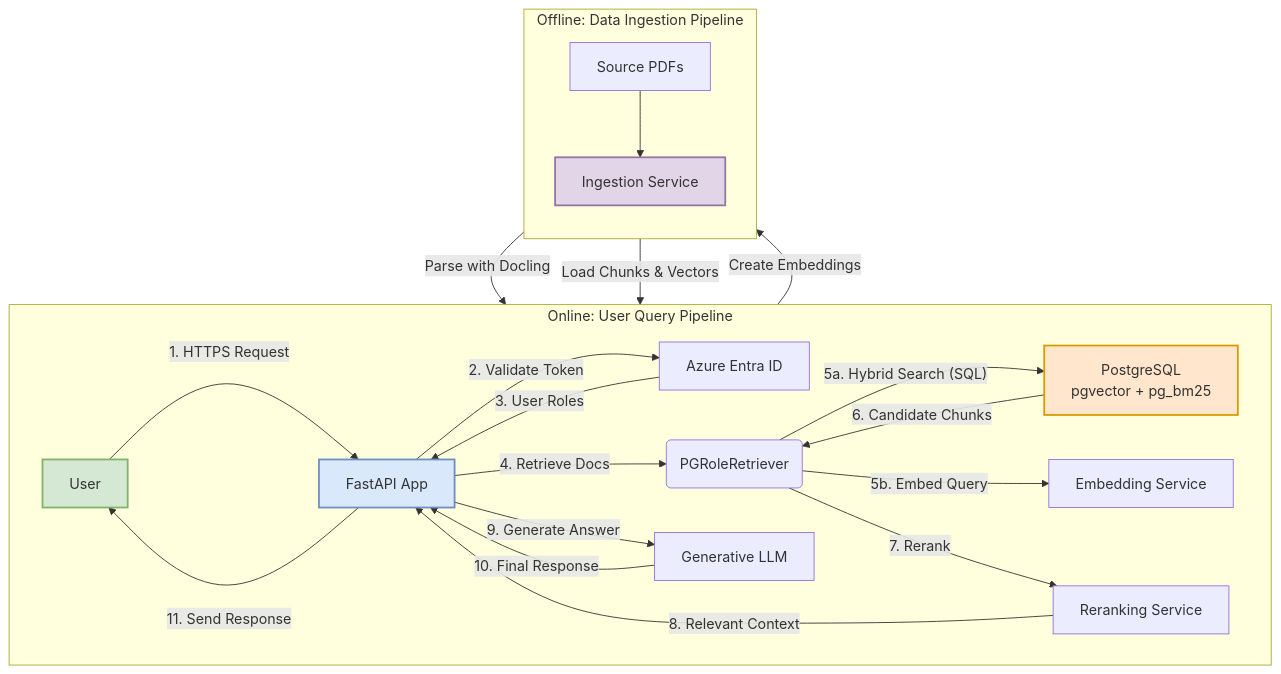
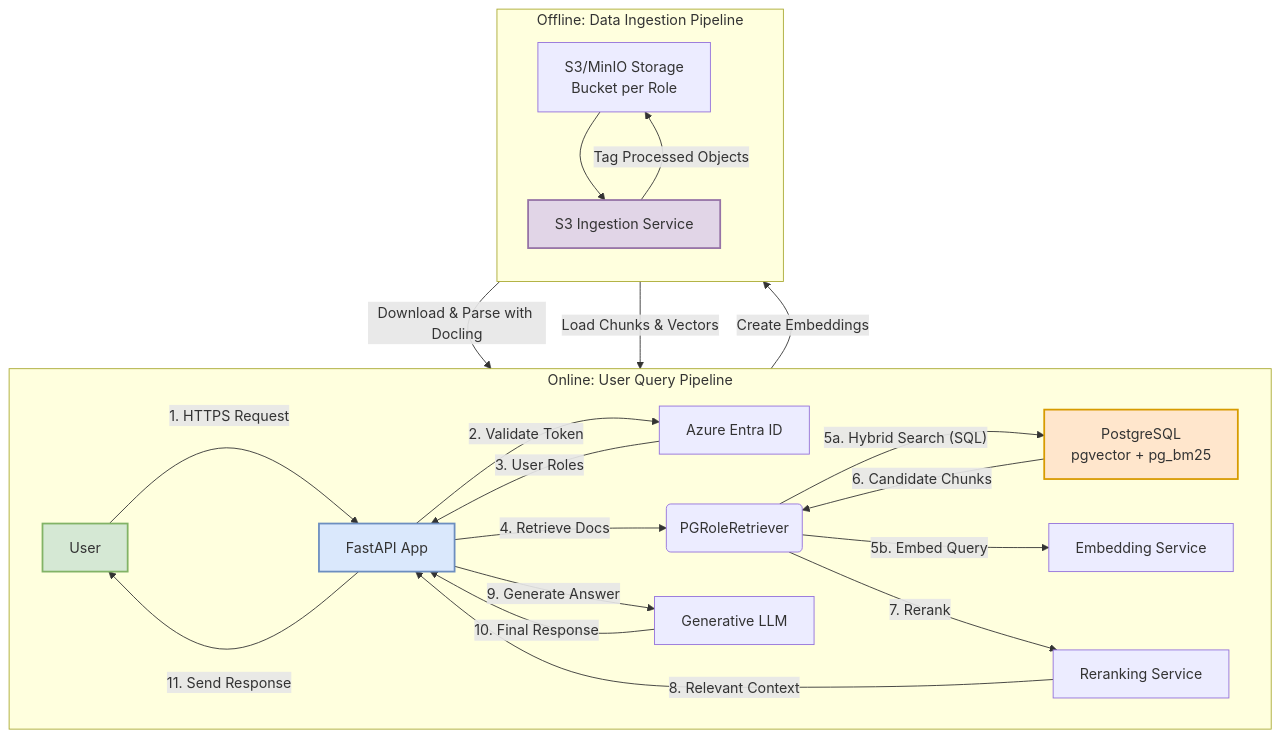
Before and after one commit to DCC-BS/rag-backend: the diagram in README.md, drawn with Mermaid. The commit also changed other lines of this file and 12 other files, not shown here.

First line of the commit message:
Enhance S3 document ingestion service and update configuration

````diff
--- a/README.md
+++ b/README.md
@@ -34,31 +35,32 @@
 ```mermaid
 graph TD
     subgraph "Online: User Query Pipeline"
         direction LR
         User[<fa:fa-user> User] -->|1. HTTPS Request| FastAPI[<fa:fa-server> FastAPI App]
         FastAPI -->|"2. Validate Token"| EntraID[<fa:fa-key> Azure Entra ID]
         EntraID -->|"3. User Roles"| FastAPI
         FastAPI -->|"4. Retrieve Docs"| Retriever(PGRoleRetriever)
         Retriever -->|"5a. Hybrid Search (SQL)"| PostgreSQL[<fa:fa-database> PostgreSQL<br>pgvector + pg_bm25]
         Retriever -->|"5b. Embed Query"| EmbeddingService[<fa:fa-microchip> Embedding Service]
         PostgreSQL -->|"6. Candidate Chunks"| Retriever
         Retriever -->|"7. Rerank"| Reranker[<fa:fa-microchip> Reranking Service]
         Reranker -->|"8. Relevant Context"| FastAPI
         FastAPI -->|"9. Generate Answer"| LLM[<fa:fa-robot> Generative LLM]
         LLM -->|"10. Final Response"| FastAPI
         FastAPI -->|"11. Send Response"| User
     end
 
     subgraph "Offline: Data Ingestion Pipeline"
         direction TB
-        PDFs[<fa:fa-file-pdf> Source PDFs] --> Ingestion[<fa:fa-cogs> Ingestion Service]
-        Ingestion -->|Parse with Docling| EmbeddingService
+        S3Storage[<fa:fa-cloud> S3/MinIO Storage<br>Bucket per Role] --> Ingestion[<fa:fa-cogs> S3 Ingestion Service]
+        Ingestion -->|Download & Parse with Docling| EmbeddingService
         EmbeddingService -->|Create Embeddings| Ingestion
         Ingestion -->|Load Chunks & Vectors| PostgreSQL
+        Ingestion -->|Tag Processed Objects| S3Storage
     end
 
     style User fill:#D5E8D4,stroke:#82B366,stroke-width:2px
     style FastAPI fill:#DAE8FC,stroke:#6C8EBF,stroke-width:2px
     style PostgreSQL fill:#FFE6CC,stroke:#D79B00,stroke-width:2px
     style Ingestion fill:#E1D5E7,stroke:#9673A6,stroke-width:2px
 ```
````
